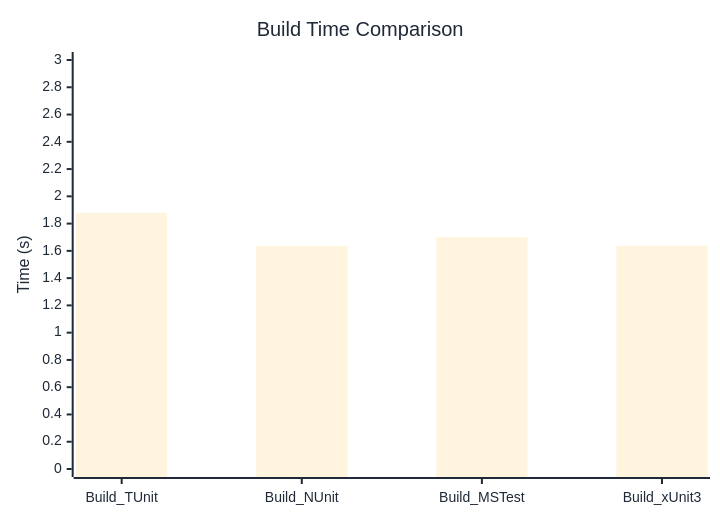
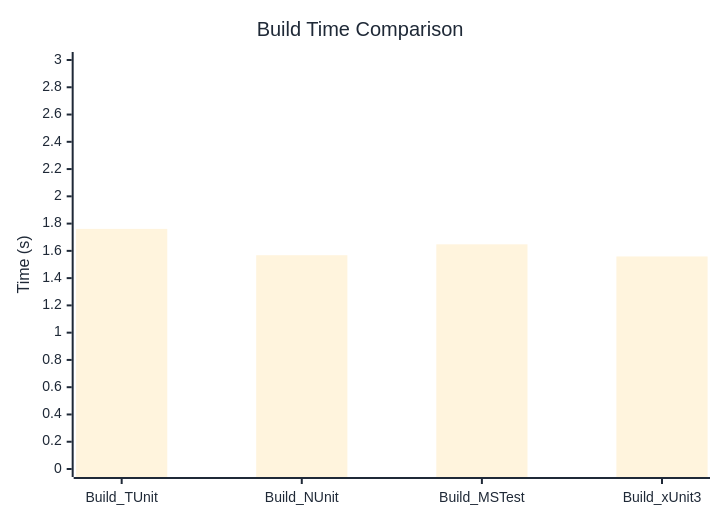
One commit to thomhurst/TUnit changed the diagram in docs/docs/benchmarks/BuildTime.md. Above: the diagram before and after it, drawn with Mermaid. The commit also changed other lines of this file and 17 other files, not shown here.

````diff
--- a/docs/docs/benchmarks/BuildTime.md
+++ b/docs/docs/benchmarks/BuildTime.md
@@ -28,37 +28,37 @@
 ```mermaid
 %%{init: {
   'theme':'base',
   'themeVariables': {
     'primaryColor': '#2563eb',
     'primaryTextColor': '#1f2937',
     'primaryBorderColor': '#1e40af',
     'lineColor': '#6b7280',
     'secondaryColor': '#7c3aed',
     'tertiaryColor': '#dc2626',
     'background': '#ffffff',
     'mainBkg': '#2563eb',
     'secondBkg': '#7c3aed',
     'tertiaryBkg': '#dc2626',
     'clusterBkg': '#f3f4f6',
     'edgeLabelBackground': '#ffffff',
     'tertiaryTextColor': '#1f2937',
     'pie1': '#2563eb',
     'pie2': '#7c3aed',
     'pie3': '#dc2626',
     'pie4': '#f59e0b',
     'pie5': '#10b981',
     'pie6': '#06b6d4',
     'pie7': '#ec4899',
     'pie8': '#6366f1',
     'pie9': '#84cc16',
     'pie10': '#f97316',
     'pie11': '#14b8a6',
     'pie12': '#a855f7'
   }
 }}%%
 xychart-beta
   title "Build Time Comparison"
   x-axis ["Build_TUnit", "Build_NUnit", "Build_MSTest", "Build_xUnit3"]
   y-axis "Time (s)" 0 --> 3
-  bar [1.88, 1.636, 1.701, 1.637]
+  bar [1.761, 1.568, 1.648, 1.559]
 ```
````
